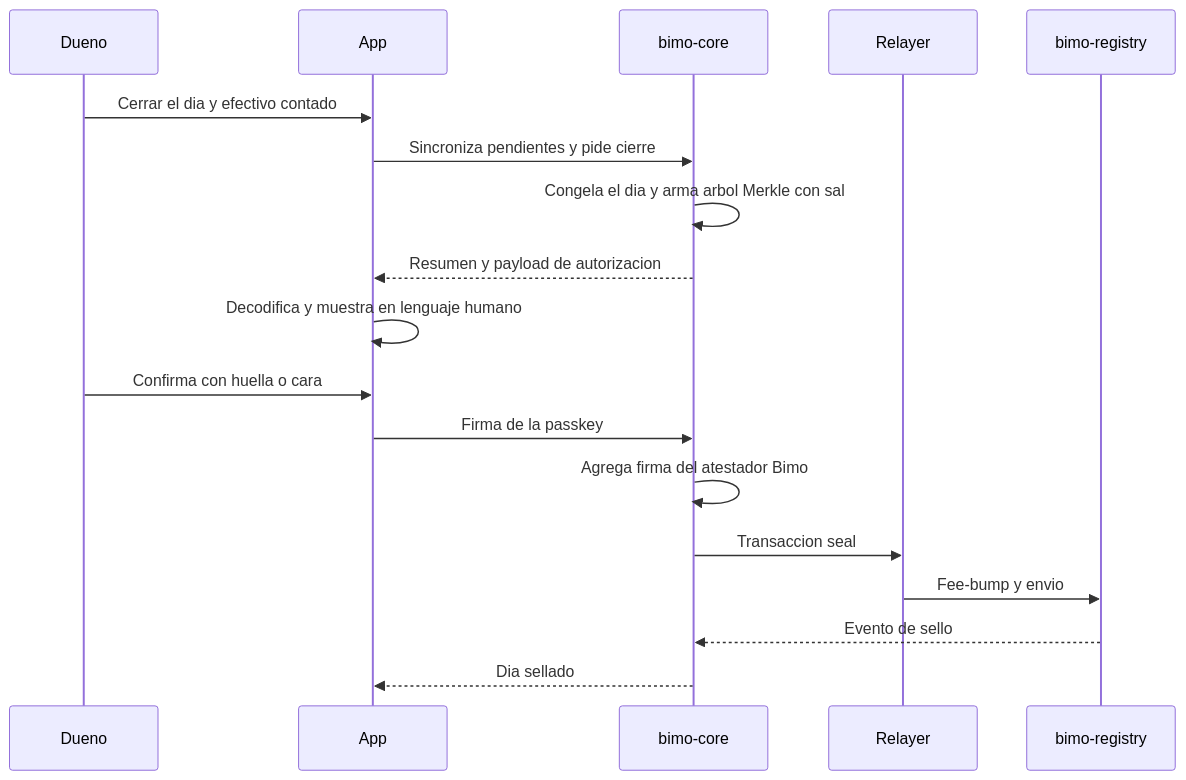
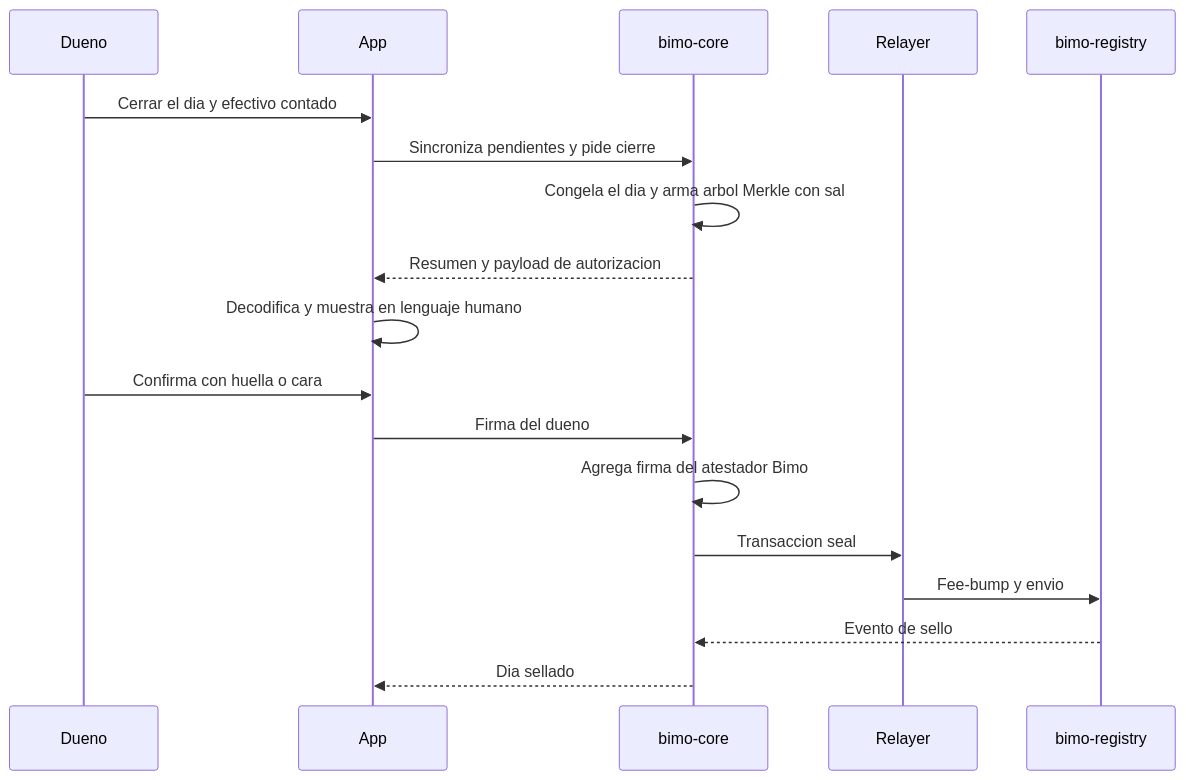
Before and after one commit to andreMD287/Bimo: the fourth of 5 diagrams in docs/arquitectura/ARQUITECTURA.md, drawn with Mermaid. The commit also changed other lines of this file, not shown here.

````diff
--- a/docs/arquitectura/ARQUITECTURA.md
+++ b/docs/arquitectura/ARQUITECTURA.md
@@ -505,20 +515,20 @@
 ```mermaid
 sequenceDiagram
   participant D as Dueno
   participant A as App
   participant C as bimo-core
   participant R as Relayer
   participant S as bimo-registry
   D->>A: Cerrar el dia y efectivo contado
   A->>C: Sincroniza pendientes y pide cierre
   C->>C: Congela el dia y arma arbol Merkle con sal
   C-->>A: Resumen y payload de autorizacion
   A->>A: Decodifica y muestra en lenguaje humano
   D->>A: Confirma con huella o cara
-  A->>C: Firma de la passkey
+  A->>C: Firma del dueno
   C->>C: Agrega firma del atestador Bimo
   C->>R: Transaccion seal
   R->>S: Fee-bump y envio
   S-->>C: Evento de sello
   C-->>A: Dia sellado
 ```
````
